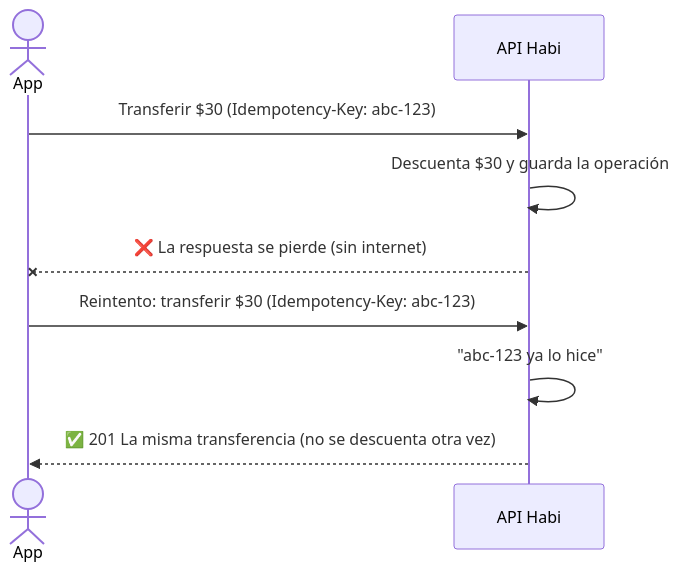
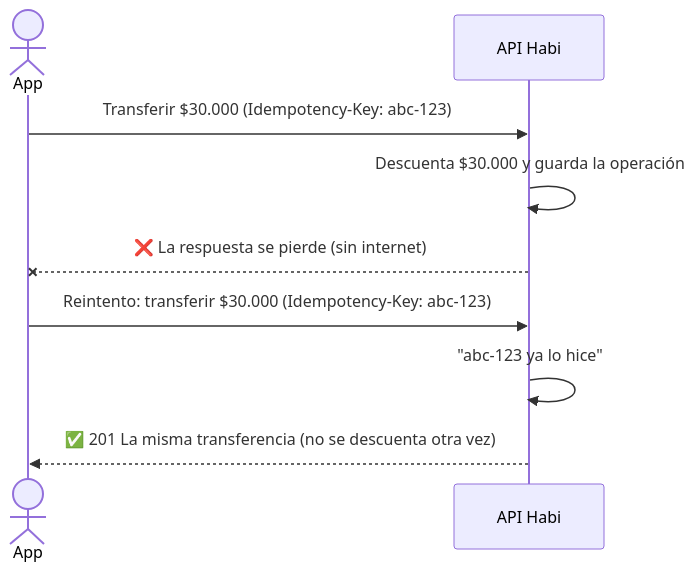
One commit to jdgutirod/luuka changed the third of 3 diagrams in backend/README.md. Above: the diagram before and after it, drawn with Mermaid. The commit also changed other lines of this file and 71 other files, not shown here.

````diff
--- a/backend/README.md
+++ b/backend/README.md
@@ -80,13 +139,13 @@
 ```mermaid
 sequenceDiagram
     actor App
     participant API as API Habi
 
-    App->>API: Transferir $30 (Idempotency-Key: abc-123)
-    API->>API: Descuenta $30 y guarda la operación
+    App->>API: Transferir $30.000 (Idempotency-Key: abc-123)
+    API->>API: Descuenta $30.000 y guarda la operación
     API--xApp: ❌ La respuesta se pierde (sin internet)
 
-    App->>API: Reintento: transferir $30 (Idempotency-Key: abc-123)
+    App->>API: Reintento: transferir $30.000 (Idempotency-Key: abc-123)
     API->>API: "abc-123 ya lo hice"
     API-->>App: ✅ 201 La misma transferencia (no se descuenta otra vez)
 ```
````
